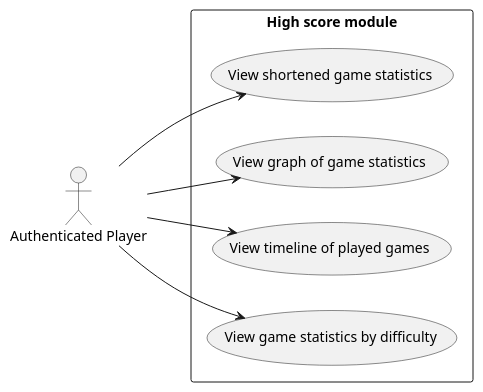
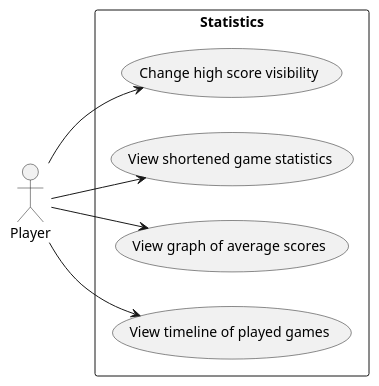
The diagram in PSI_2nd_trial/Diagrams/use_case_high_score.puml (Cryptic5/itsSoOverlief), drawn with PlantUML before and after one commit. The commit also changed 2 other files, not shown here.

Commit message:
package diagramos

```diff
--- a/PSI_2nd_trial/Diagrams/use_case_high_score.puml
+++ b/PSI_2nd_trial/Diagrams/use_case_high_score.puml
@@ -1,16 +1,16 @@
 @startuml use_case_high_score
 left to right direction
-:Authenticated Player: as player
+:Player: as player
 
-rectangle "High score module" as hs_module {
+rectangle "Statistics" as hs_module {
+    usecase "Change high score visibility" as view_by_difficulty
     usecase "View shortened game statistics" as view_shortened
-    usecase "View graph of game statistics" as view_graph
+    usecase "View graph of average scores" as view_graph
     usecase "View timeline of played games" as view_timeline
-    usecase "View game statistics by difficulty" as view_by_difficulty
 }
 
 player --> view_shortened
 player --> view_graph
 player --> view_timeline
 player --> view_by_difficulty
 @enduml
```
